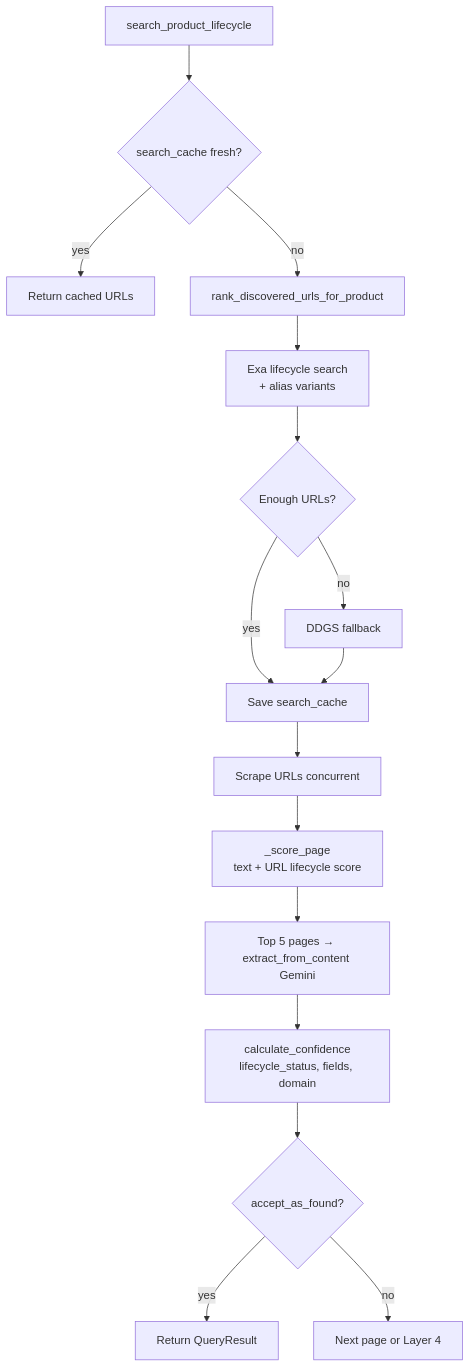
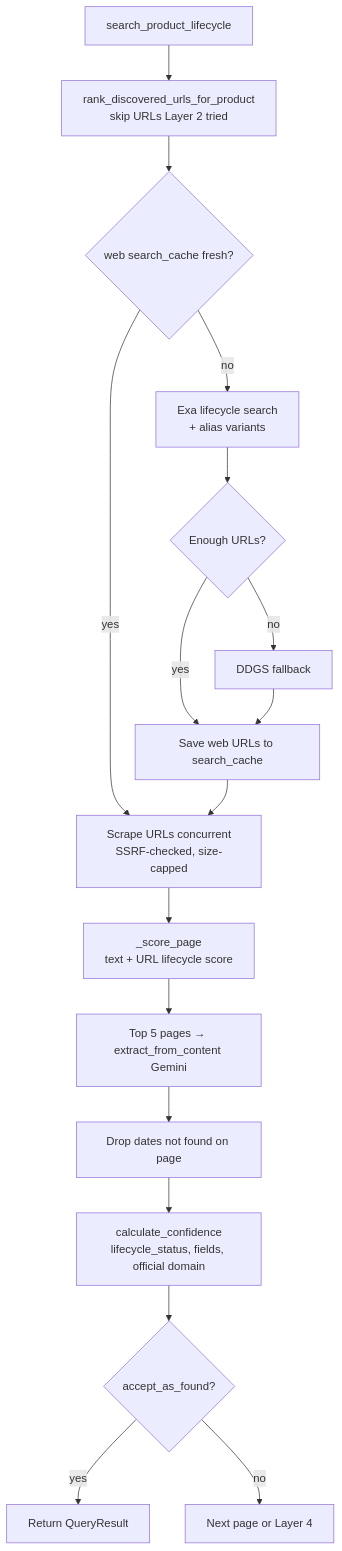
The fourth of 8 diagrams in WORKFLOW.md (CDWVR/OEM_Catalog_Automation), drawn with Mermaid before and after one commit. The commit also changed other lines of this file and 26 other files, not shown here.

````diff
--- a/WORKFLOW.md
+++ b/WORKFLOW.md
@@ -125,18 +125,19 @@
 ```mermaid
 flowchart TD
-    A[search_product_lifecycle] --> B{search_cache fresh?}
-    B -->|yes| Z[Return cached URLs]
-    B -->|no| C[rank_discovered_urls_for_product]
-    C --> D[Exa lifecycle search<br/>+ alias variants]
+    A[search_product_lifecycle] --> C[rank_discovered_urls_for_product<br/>skip URLs Layer 2 tried]
+    C --> B{web search_cache fresh?}
+    B -->|yes| H
+    B -->|no| D[Exa lifecycle search<br/>+ alias variants]
     D --> E{Enough URLs?}
     E -->|no| F[DDGS fallback]
-    E -->|yes| G[Save search_cache]
+    E -->|yes| G[Save web URLs to search_cache]
     F --> G
-    G --> H[Scrape URLs concurrent]
+    G --> H[Scrape URLs concurrent<br/>SSRF-checked, size-capped]
     H --> I[_score_page<br/>text + URL lifecycle score]
     I --> J[Top 5 pages → extract_from_content Gemini]
-    J --> K[calculate_confidence<br/>lifecycle_status, fields, domain]
+    J --> J2[Drop dates not found on page]
+    J2 --> K[calculate_confidence<br/>lifecycle_status, fields, official domain]
     K --> L{accept_as_found?}
     L -->|yes| M[Return QueryResult]
     L -->|no| N[Next page or Layer 4]
 ```
````
